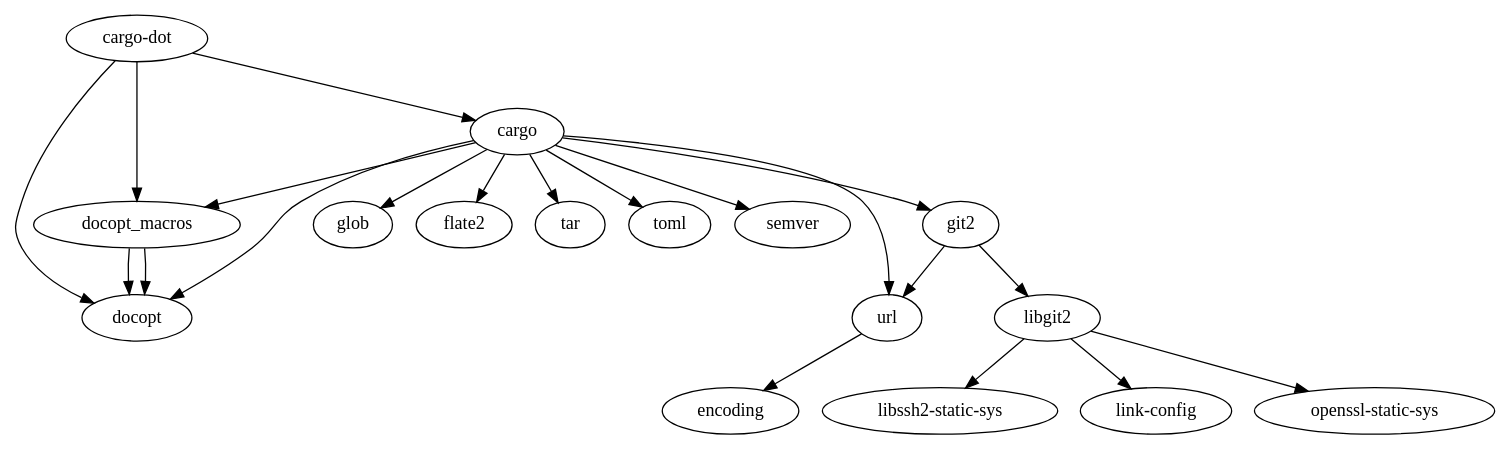
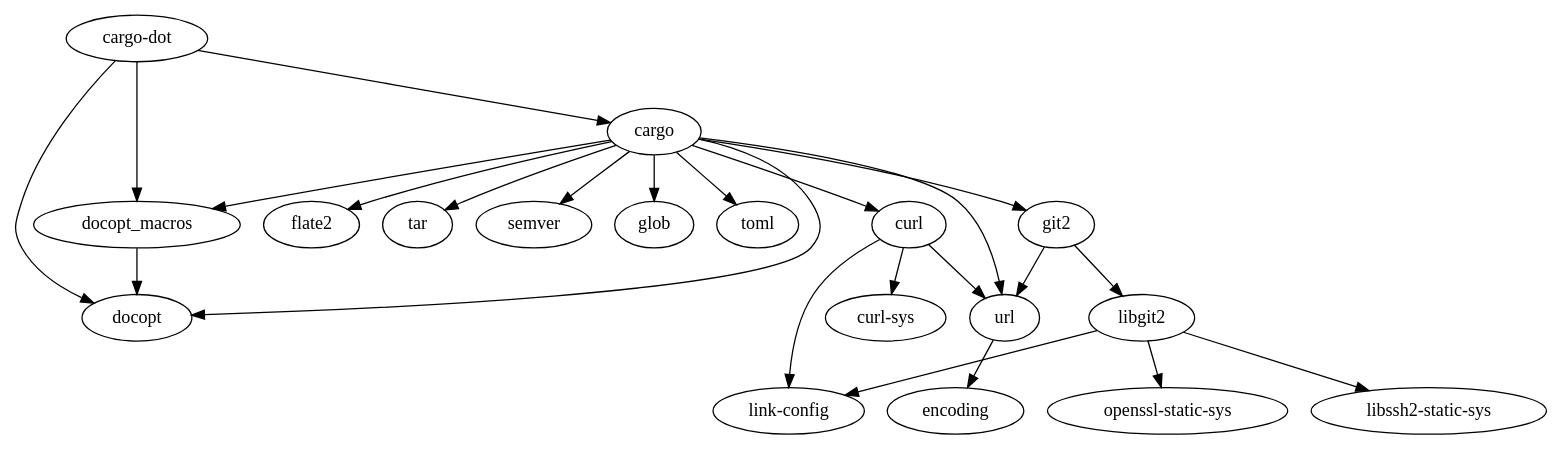
Before and after one commit to kbknapp/cargo-graph: the diagram in etc/cargo-dot.dot, drawn with Graphviz. The commit also changed 2 other files, not shown here.

```diff
--- a/etc/cargo-dot.dot
+++ b/etc/cargo-dot.dot
@@ -1,38 +1,43 @@
 digraph example3 {
     N0[label="cargo-dot"];
     N1[label="libssh2-static-sys"];
-    N2[label="libgit2"];
-    N3[label="link-config"];
+    N2[label="curl-sys"];
+    N3[label="libgit2"];
     N4[label="openssl-static-sys"];
-    N5[label="docopt"];
-    N6[label="docopt_macros"];
-    N7[label="cargo"];
-    N8[label="glob"];
-    N9[label="flate2"];
-    N10[label="encoding"];
-    N11[label="tar"];
-    N12[label="toml"];
+    N5[label="link-config"];
+    N6[label="curl"];
+    N7[label="url"];
+    N8[label="flate2"];
+    N9[label="tar"];
+    N10[label="docopt"];
+    N11[label="cargo"];
+    N12[label="docopt_macros"];
     N13[label="semver"];
-    N14[label="url"];
-    N15[label="git2"];
-    N2 -> N3[label=""];
-    N2 -> N1[label=""];
-    N2 -> N4[label=""];
-    N0 -> N5[label=""];
-    N0 -> N6[label=""];
-    N0 -> N7[label=""];
+    N14[label="glob"];
+    N15[label="encoding"];
+    N16[label="toml"];
+    N17[label="git2"];
+    N3 -> N4[label=""];
+    N3 -> N1[label=""];
+    N3 -> N5[label=""];
+    N6 -> N2[label=""];
+    N6 -> N7[label=""];
     N6 -> N5[label=""];
-    N7 -> N5[label=""];
-    N7 -> N13[label=""];
-    N7 -> N8[label=""];
-    N7 -> N12[label=""];
-    N7 -> N6[label=""];
-    N7 -> N14[label=""];
+    N0 -> N10[label=""];
+    N0 -> N11[label=""];
+    N0 -> N12[label=""];
     N7 -> N15[label=""];
-    N7 -> N11[label=""];
-    N7 -> N9[label=""];
-    N14 -> N10[label=""];
-    N6 -> N5[label=""];
-    N15 -> N2[label=""];
-    N15 -> N14[label=""];
+    N17 -> N7[label=""];
+    N17 -> N3[label=""];
+    N12 -> N10[label=""];
+    N11 -> N14[label=""];
+    N11 -> N7[label=""];
+    N11 -> N17[label=""];
+    N11 -> N16[label=""];
+    N11 -> N6[label=""];
+    N11 -> N9[label=""];
+    N11 -> N12[label=""];
+    N11 -> N8[label=""];
+    N11 -> N13[label=""];
+    N11 -> N10[label=""];
 }
```
